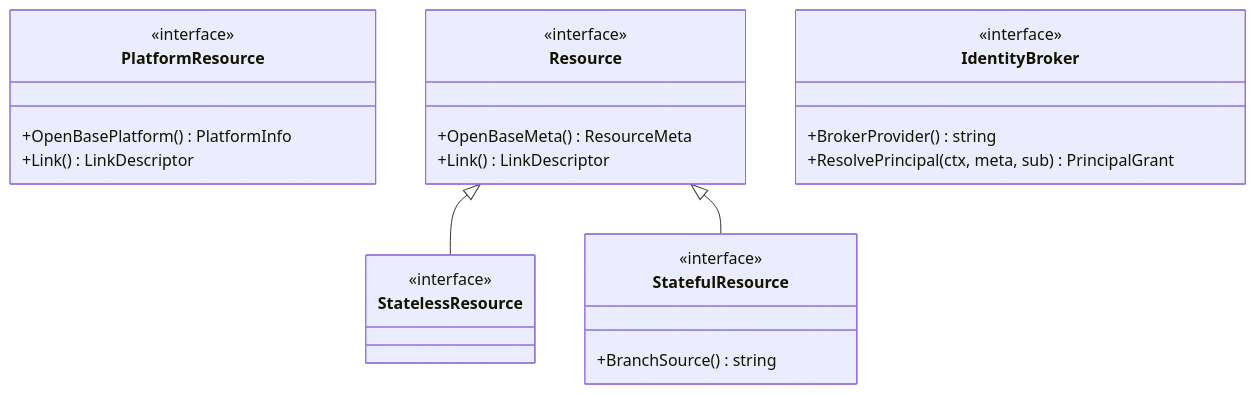
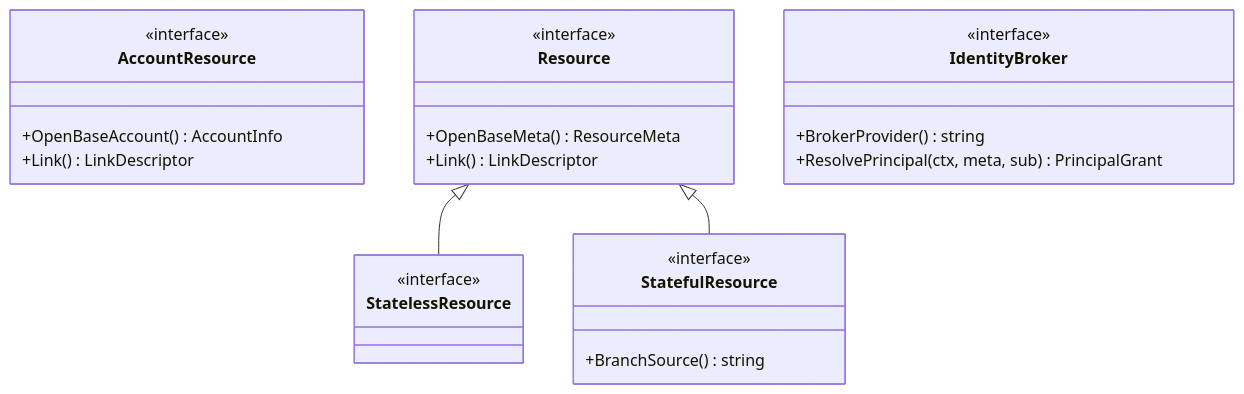
The first of 2 diagrams in docs/architecture/resources.md (cloudvoyant/openbase), drawn with Mermaid before and after one commit. The commit also changed other lines of this file and 64 other files, not shown here.

````diff
--- a/docs/architecture/resources.md
+++ b/docs/architecture/resources.md
@@ -26,27 +26,27 @@
 ```mermaid
 classDiagram
-    class PlatformResource {
+    class AccountResource {
         <<interface>>
-        +OpenBasePlatform() PlatformInfo
+        +OpenBaseAccount() AccountInfo
         +Link() LinkDescriptor
     }
     class Resource {
         <<interface>>
         +OpenBaseMeta() ResourceMeta
         +Link() LinkDescriptor
     }
     class StatelessResource {
         <<interface>>
     }
     class StatefulResource {
         <<interface>>
         +BranchSource() string
     }
     class IdentityBroker {
         <<interface>>
         +BrokerProvider() string
         +ResolvePrincipal(ctx, meta, sub) PrincipalGrant
     }
     Resource <|-- StatelessResource
     Resource <|-- StatefulResource
 ```
````
